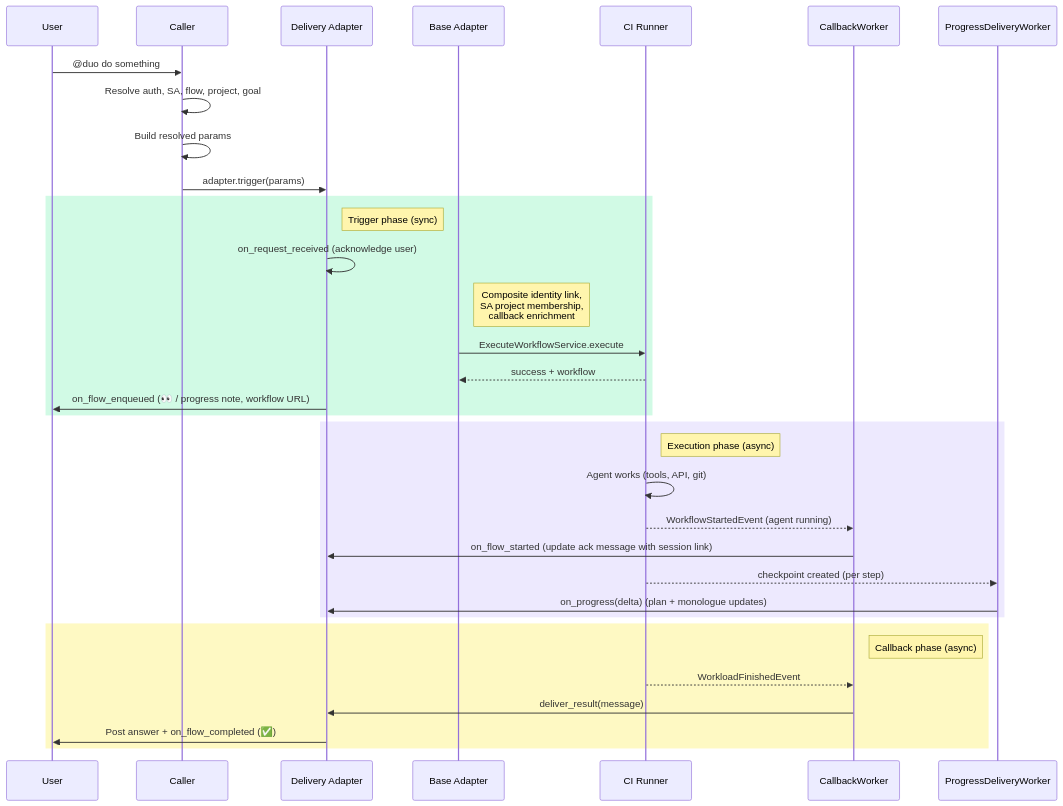
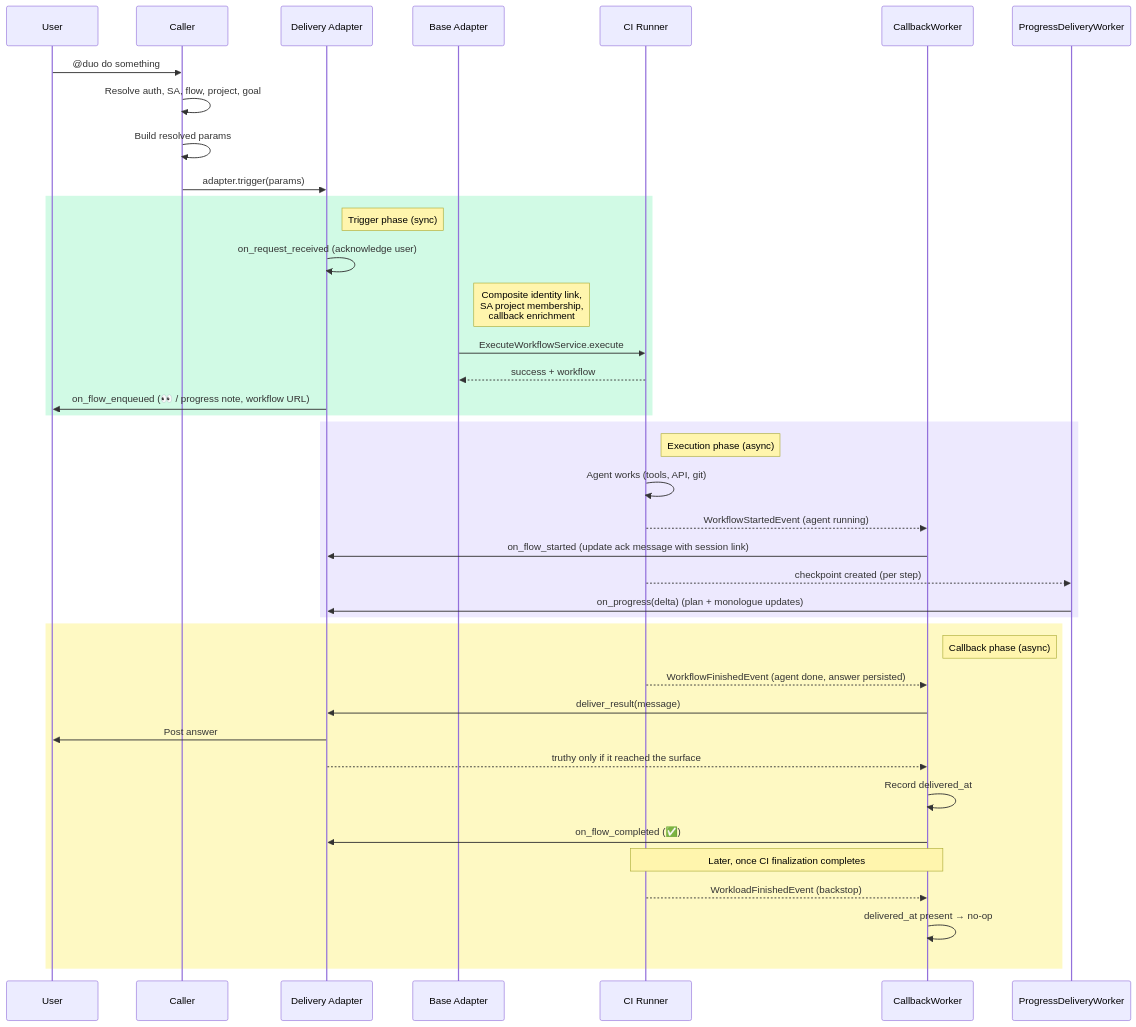
The second of 4 diagrams in content/handbook/engineering/architecture/design-documents/duo_workflow/decisions/008_duo_messaging_service.md (kyama0/gitlab-handbook-ja), drawn with Mermaid before and after one commit. The commit also changed other lines of this file and 25 other files, not shown here.

````diff
--- a/content/handbook/engineering/architecture/design-documents/duo_workflow/decisions/008_duo_messaging_service.md
+++ b/content/handbook/engineering/architecture/design-documents/duo_workflow/decisions/008_duo_messaging_service.md
@@ -83,40 +83,46 @@
 ```mermaid
 sequenceDiagram
     participant User
     participant Caller as Caller
     participant Adapter as Delivery Adapter
     participant Base as Base Adapter
     participant CI as CI Runner
     participant CW as CallbackWorker
     participant PW as ProgressDeliveryWorker
 
     User->>Caller: @duo do something
     Caller->>Caller: Resolve auth, SA, flow, project, goal
     Caller->>Caller: Build resolved params
     Caller->>Adapter: adapter.trigger(params)
 
     rect rgb(209, 250, 229)
         Note right of Adapter: Trigger phase (sync)
         Adapter->>Adapter: on_request_received (acknowledge user)
         Note right of Base: Composite identity link,<br/>SA project membership,<br/>callback enrichment
         Base->>CI: ExecuteWorkflowService.execute
         CI-->>Base: success + workflow
         Adapter->>User: on_flow_enqueued (👀 / progress note, workflow URL)
     end
 
     rect rgb(237, 233, 254)
         Note right of CI: Execution phase (async)
         CI->>CI: Agent works (tools, API, git)
         CI-->>CW: WorkflowStartedEvent (agent running)
         CW->>Adapter: on_flow_started (update ack message with session link)
         CI-->>PW: checkpoint created (per step)
         PW->>Adapter: on_progress(delta) (plan + monologue updates)
     end
 
     rect rgb(254, 249, 195)
         Note right of CW: Callback phase (async)
-        CI-->>CW: WorkloadFinishedEvent
+        CI-->>CW: WorkflowFinishedEvent (agent done, answer persisted)
         CW->>Adapter: deliver_result(message)
-        Adapter->>User: Post answer + on_flow_completed (✅)
+        Adapter->>User: Post answer
+        Adapter-->>CW: truthy only if it reached the surface
+        CW->>CW: Record delivered_at
+        CW->>Adapter: on_flow_completed (✅)
+        Note over CI,CW: Later, once CI finalization completes
+        CI-->>CW: WorkloadFinishedEvent (backstop)
+        CW->>CW: delivered_at present → no-op
     end
 ```
````
